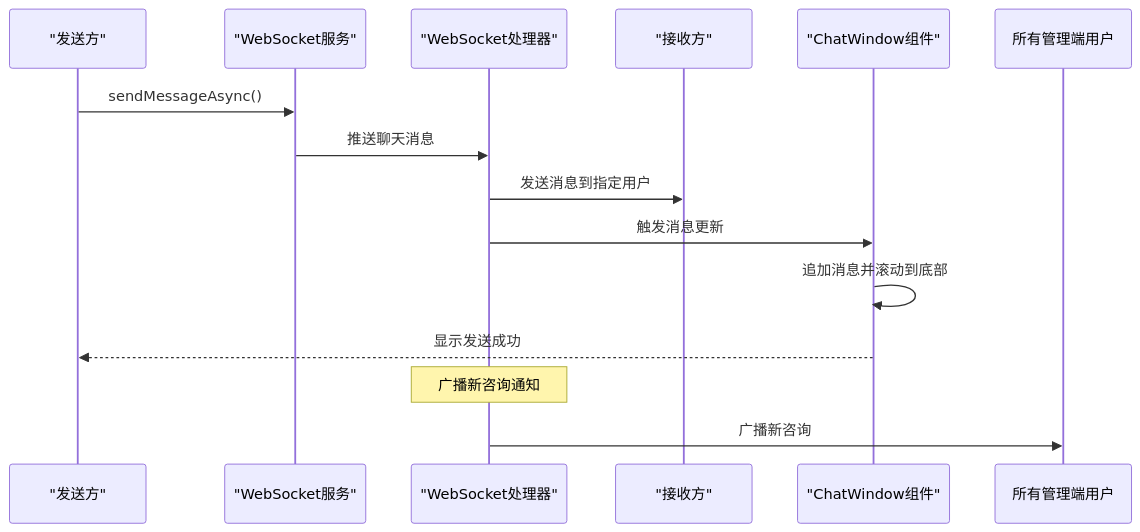
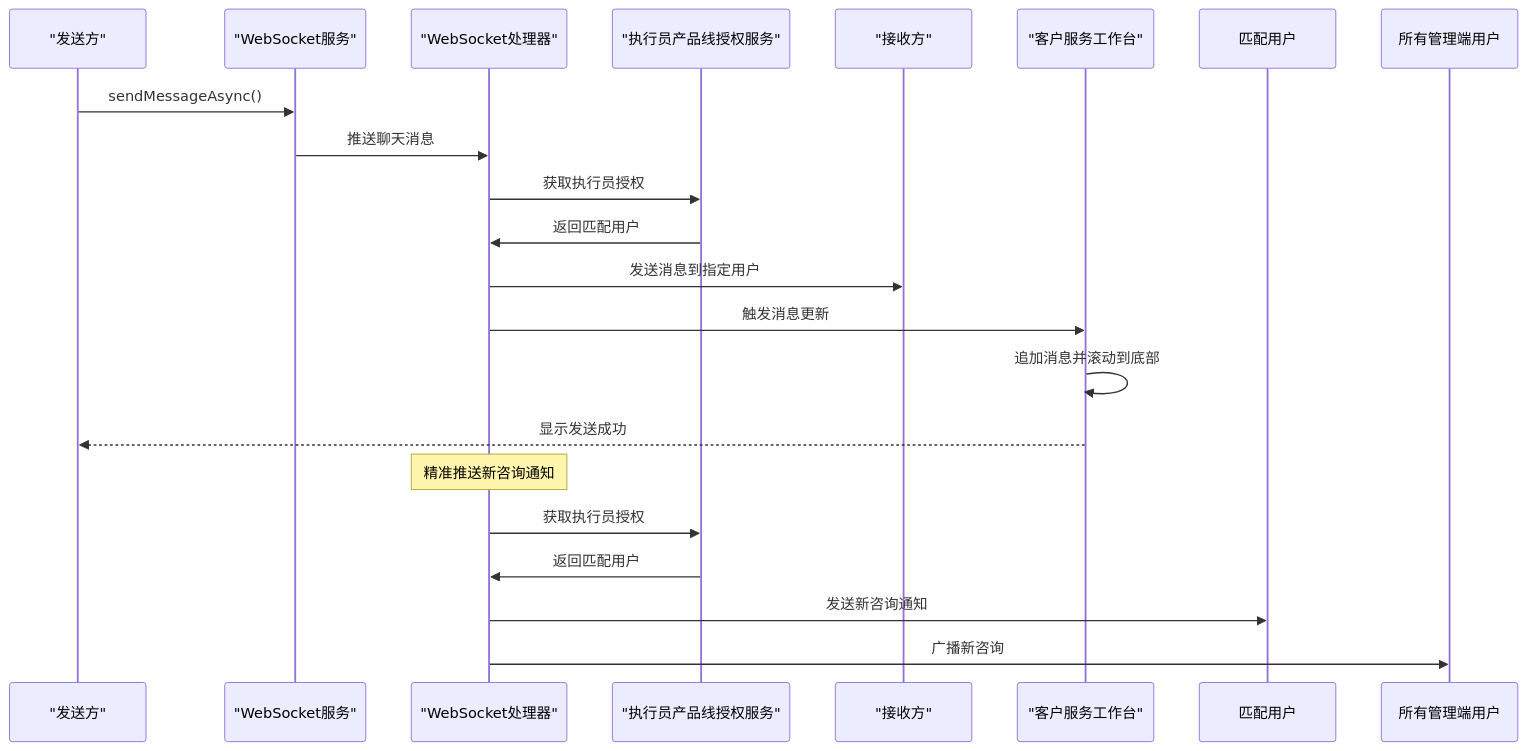
One commit to xiaoche80s-tech/rouyi-vue-pro changed diagram 20 of 27 in .qoder/repowiki/zh/content/核心模块/客户服务模块.md. Above: the diagram before and after it, drawn with Mermaid. The commit also changed other lines of this file and 534 other files, not shown here.

````diff
--- a/.qoder/repowiki/zh/content/核心模块/客户服务模块.md
+++ b/.qoder/repowiki/zh/content/核心模块/客户服务模块.md
@@ -760,16 +971,22 @@
 ```mermaid
 sequenceDiagram
 participant Sender as "发送方"
 participant WebSocketService as "WebSocket服务"
 participant WebSocketHandler as "WebSocket处理器"
+participant DealerService as "执行员产品线授权服务"
 participant Receiver as "接收方"
-participant ChatWindow as "ChatWindow组件"
+participant Workbench as "客户服务工作台"
 Sender->>WebSocketService : sendMessageAsync()
 WebSocketService->>WebSocketHandler : 推送聊天消息
+WebSocketHandler->>DealerService : 获取执行员授权
+DealerService->>WebSocketHandler : 返回匹配用户
 WebSocketHandler->>Receiver : 发送消息到指定用户
-WebSocketHandler->>ChatWindow : 触发消息更新
-ChatWindow->>ChatWindow : 追加消息并滚动到底部
-ChatWindow-->>Sender : 显示发送成功
-Note over WebSocketHandler : 广播新咨询通知
+WebSocketHandler->>Workbench : 触发消息更新
+Workbench->>Workbench : 追加消息并滚动到底部
+Workbench-->>Sender : 显示发送成功
+Note over WebSocketHandler : 精准推送新咨询通知
+WebSocketHandler->>DealerService : 获取执行员授权
+DealerService->>WebSocketHandler : 返回匹配用户
+WebSocketHandler->>匹配用户 : 发送新咨询通知
 WebSocketHandler->>所有管理端用户 : 广播新咨询
 ```
````
